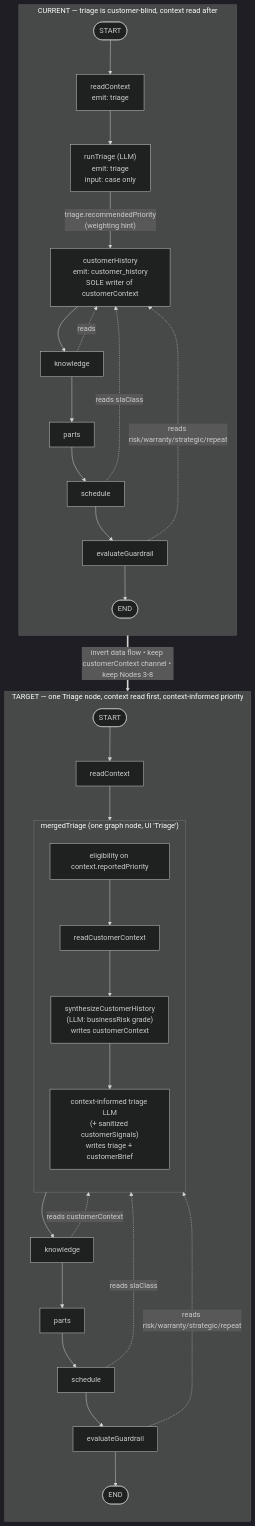
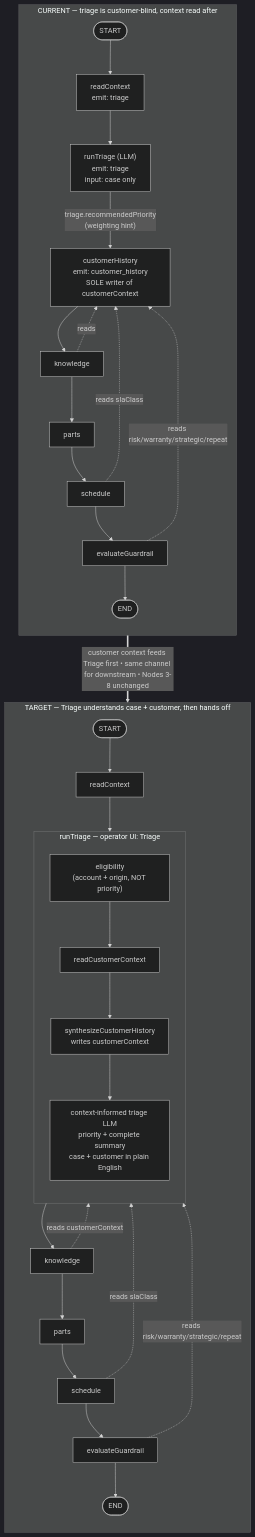
The diagram in docs/orchestrator/triage-customer-history-merge-plan.md (hytechpro-keshav/AgentForce), drawn with Mermaid (dark theme) before and after one commit. The commit also changed other lines of this file and 1 other file, not shown here.

First line of the commit message:
docs: update triage customer history merge plan to clarify context-informed priority process

````diff
--- a/docs/orchestrator/triage-customer-history-merge-plan.md
+++ b/docs/orchestrator/triage-customer-history-merge-plan.md
@@ -13,28 +40,28 @@
 ```mermaid
 flowchart TB
   subgraph CUR["CURRENT — triage is customer-blind, context read after"]
     direction TB
     cS([START]) --> cRC[readContext\nemit: triage] --> cRT["runTriage (LLM)\nemit: triage\ninput: case only"]
     cRT -->|"triage.recommendedPriority\n(weighting hint)"| cCH["customerHistory\nemit: customer_history\nSOLE writer of customerContext"]
     cCH --> cK[knowledge] --> cP[parts] --> cSc[schedule] --> cG[evaluateGuardrail] --> cE([END])
     cK -.reads.-> cCH
     cSc -.reads slaClass.-> cCH
     cG -.reads risk/warranty/strategic/repeat.-> cCH
   end
 
-  subgraph TGT["TARGET — one Triage node, context read first, context-informed priority"]
+  subgraph TGT["TARGET — Triage understands case + customer, then hands off"]
     direction TB
     tS([START]) --> tRC[readContext]
-    tRC --> tMERGE
-    subgraph tMERGE["mergedTriage (one graph node, UI 'Triage')"]
+    tRC --> tRT
+    subgraph tRT["runTriage — operator UI: Triage"]
       direction TB
-      e[eligibility on context.reportedPriority] --> rd[readCustomerContext] --> sy["synthesizeCustomerHistory\n(LLM: businessRisk grade)\nwrites customerContext"] --> tr["context-informed triage LLM\n(+ sanitized customerSignals)\nwrites triage + customerBrief"]
+      e["eligibility\n(account + origin, NOT priority)"] --> rd[readCustomerContext] --> sy["synthesizeCustomerHistory\nwrites customerContext"] --> tr["context-informed triage LLM\npriority + complete summary\ncase + customer in plain English"]
     end
-    tMERGE --> tK[knowledge] --> tP[parts] --> tSc[schedule] --> tG[evaluateGuardrail] --> tE([END])
-    tK -.reads customerContext.-> tMERGE
-    tSc -.reads slaClass.-> tMERGE
-    tG -.reads risk/warranty/strategic/repeat.-> tMERGE
+    tRT --> tK[knowledge] --> tP[parts] --> tSc[schedule] --> tG[evaluateGuardrail] --> tE([END])
+    tK -.reads customerContext.-> tRT
+    tSc -.reads slaClass.-> tRT
+    tG -.reads risk/warranty/strategic/repeat.-> tRT
   end
 
-  CUR ==>|"invert data flow • keep customerContext channel • keep Nodes 3-8"| TGT
+  CUR ==>|"customer context feeds Triage first • same channel for downstream • Nodes 3-8 unchanged"| TGT
 ```
````
